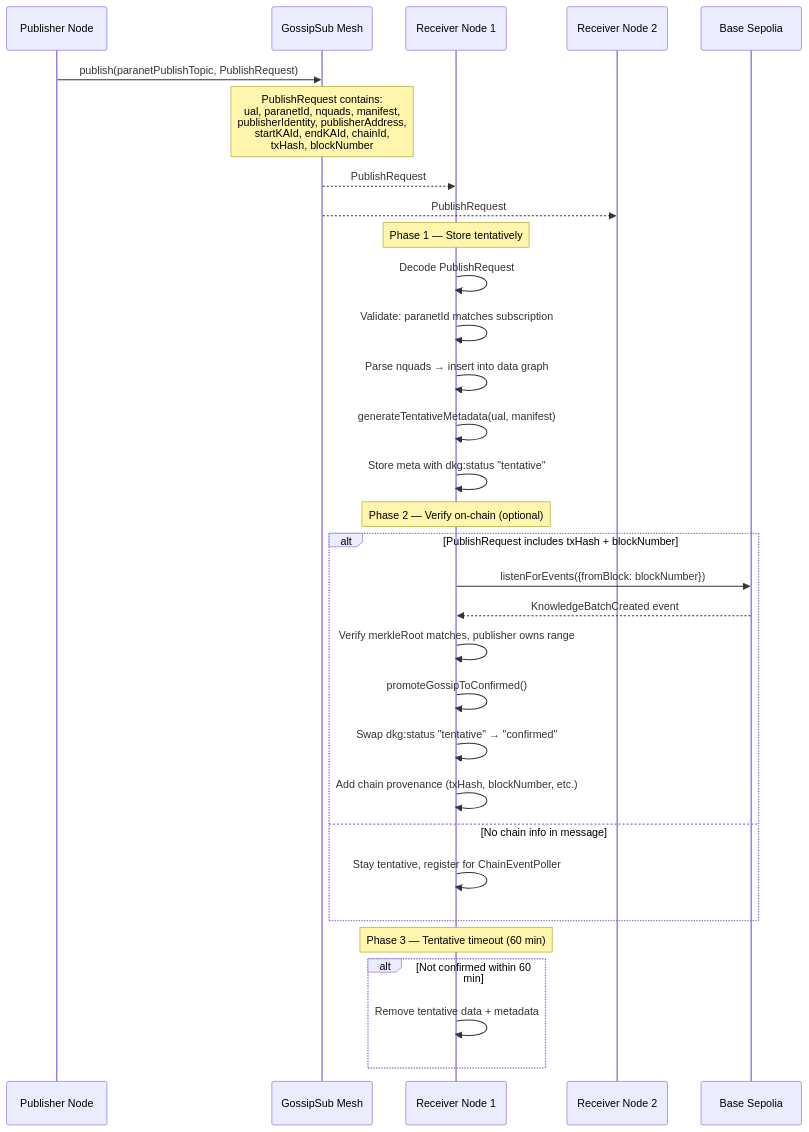
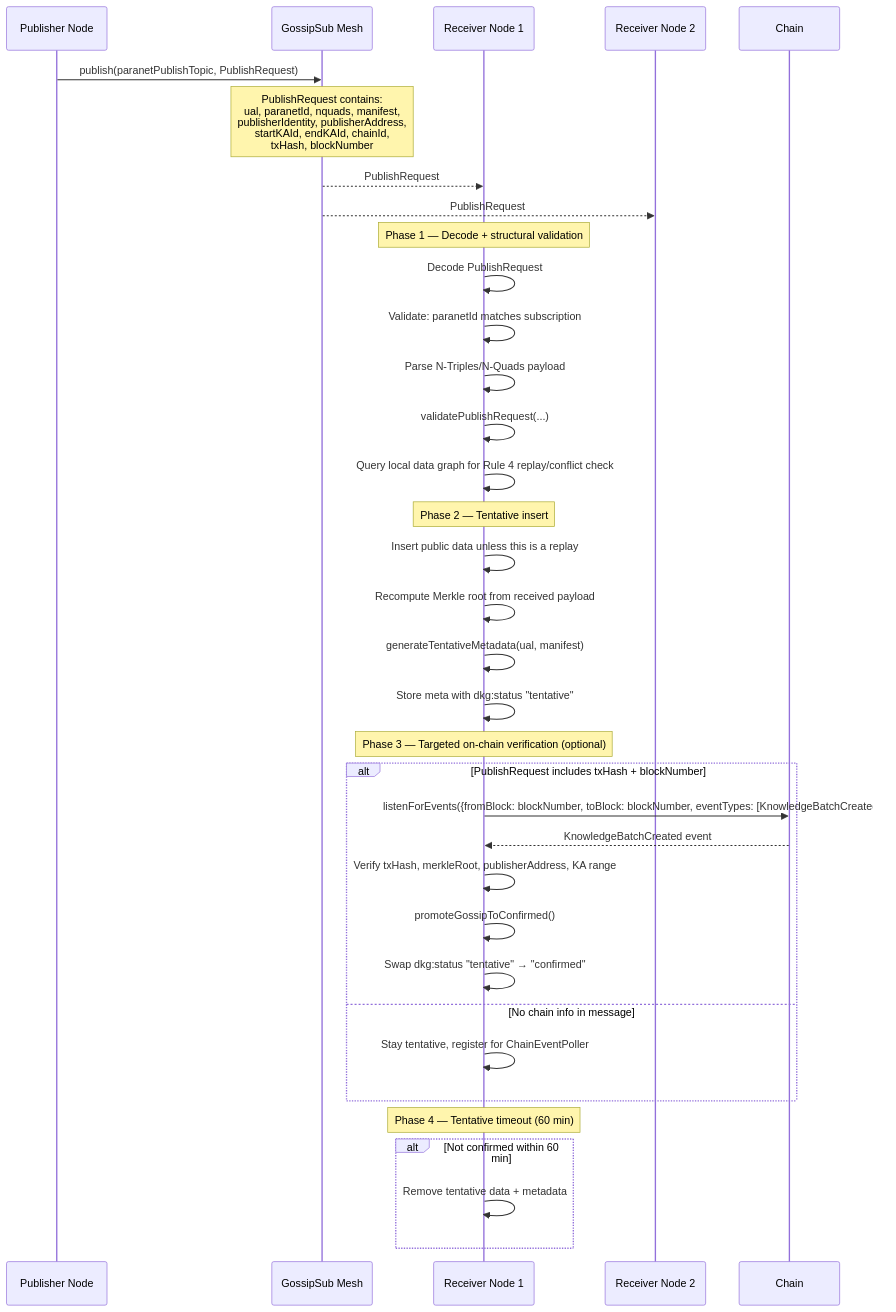
Before and after one commit to OriginTrail/dkg: the third of 15 diagrams in docs/v9-protocol-operations.md, drawn with Mermaid. The commit also changed other lines of this file, not shown here.

````diff
--- a/docs/v9-protocol-operations.md
+++ b/docs/v9-protocol-operations.md
@@ -209,42 +235,48 @@
 ```mermaid
 sequenceDiagram
     participant Pub as Publisher Node
     participant GS as GossipSub Mesh
     participant R1 as Receiver Node 1
     participant R2 as Receiver Node 2
-    participant Chain as Base Sepolia
+    participant Chain as Chain
 
     Pub->>GS: publish(paranetPublishTopic, PublishRequest)
 
     Note over GS: PublishRequest contains:<br/>ual, paranetId, nquads, manifest,<br/>publisherIdentity, publisherAddress,<br/>startKAId, endKAId, chainId,<br/>txHash, blockNumber
 
     GS-->>R1: PublishRequest
     GS-->>R2: PublishRequest
 
-    Note over R1: Phase 1 — Store tentatively
+    Note over R1: Phase 1 — Decode + structural validation
 
     R1->>R1: Decode PublishRequest
     R1->>R1: Validate: paranetId matches subscription
-    R1->>R1: Parse nquads → insert into data graph
+    R1->>R1: Parse N-Triples/N-Quads payload
+    R1->>R1: validatePublishRequest(...)
+    R1->>R1: Query local data graph for Rule 4 replay/conflict check
+
+    Note over R1: Phase 2 — Tentative insert
+
+    R1->>R1: Insert public data unless this is a replay
+    R1->>R1: Recompute Merkle root from received payload
     R1->>R1: generateTentativeMetadata(ual, manifest)
     R1->>R1: Store meta with dkg:status "tentative"
 
-    Note over R1: Phase 2 — Verify on-chain (optional)
+    Note over R1: Phase 3 — Targeted on-chain verification (optional)
 
     alt PublishRequest includes txHash + blockNumber
-        R1->>Chain: listenForEvents({fromBlock: blockNumber})
+        R1->>Chain: listenForEvents({fromBlock: blockNumber, toBlock: blockNumber, eventTypes: [KnowledgeBatchCreated]})
         Chain-->>R1: KnowledgeBatchCreated event
-        R1->>R1: Verify merkleRoot matches, publisher owns range
+        R1->>R1: Verify txHash, merkleRoot, publisherAddress, KA range
         R1->>R1: promoteGossipToConfirmed()
         R1->>R1: Swap dkg:status "tentative" → "confirmed"
-        R1->>R1: Add chain provenance (txHash, blockNumber, etc.)
     else No chain info in message
         R1->>R1: Stay tentative, register for ChainEventPoller
     end
 
-    Note over R1: Phase 3 — Tentative timeout (60 min)
+    Note over R1: Phase 4 — Tentative timeout (60 min)
 
     alt Not confirmed within 60 min
         R1->>R1: Remove tentative data + metadata
     end
 ```
````
